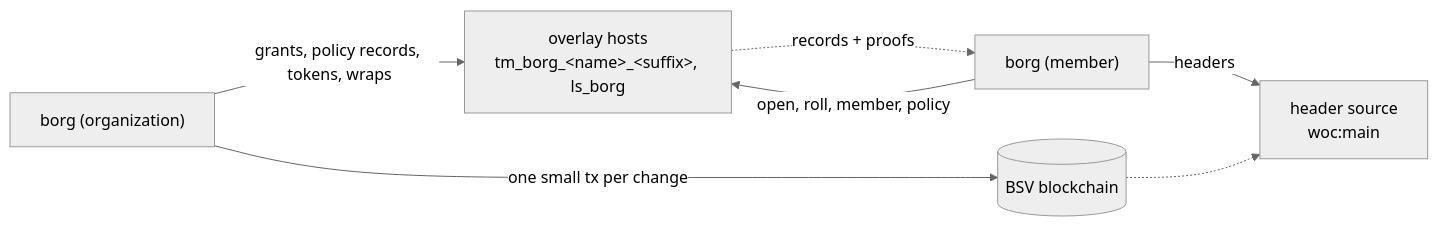
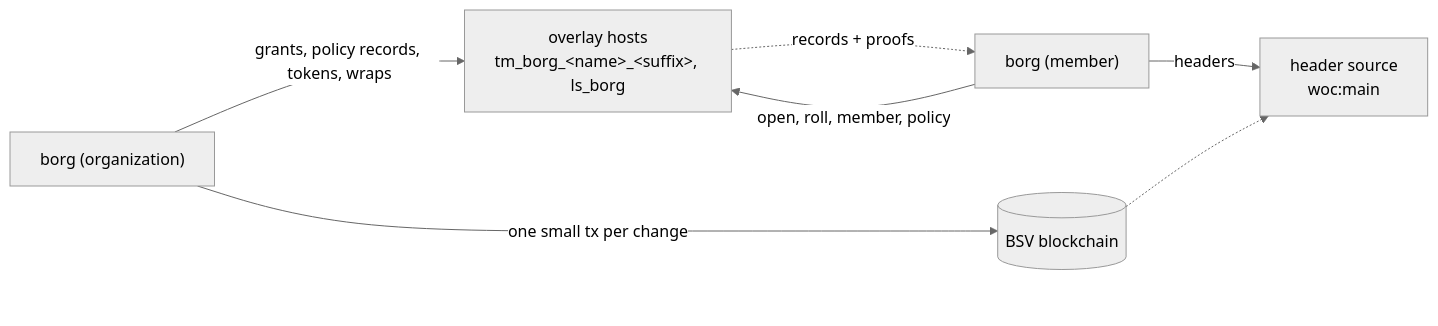
One commit to lightwebinc/borg changed the diagram in README.md. Above: the diagram before and after it, drawn with Mermaid (neutral theme). The commit also changed 2 other files, not shown here.

Commit message:
[Fix] diagrams: a spacer where the viewer's controls land
The rendered viewer places a 3x3 zoom and pan panel over the diagram's
bottom-right corner, and the flowchart renderer in the viewer's mermaid
build does not read diagramPadding (the viewer sets it to 48 itself, to no
effect). So the padding is content: an invisible node in the rightmost
rank, below its last node, which is what the panel now covers.

````diff
--- a/README.md
+++ b/README.md
@@ -22,10 +22,14 @@
 ```mermaid
-%%{init: {"flowchart": {"diagramPadding": 48}}}%%
 flowchart LR
   O["borg (organization)"] -->|"grants, policy records, tokens, wraps"| H["overlay hosts<br/>tm_borg_&lt;name&gt;_&lt;suffix&gt;, ls_borg"]
   O -->|"one small tx per change"| B[("BSV blockchain")]
   M["borg (member)"] -->|"open, roll, member, policy"| H
   M -->|headers| S["header source<br/>woc:main"]
   B -.-> S
   H -. "records + proofs" .-> M
+  %% The last node is an invisible spacer in the rightmost rank: the rendered
+  %% viewer places its zoom and pan controls over the bottom-right corner.
+  B ~~~ pad
+  pad["&nbsp;<br/>&nbsp;<br/>&nbsp;<br/>&nbsp;<br/>&nbsp;"]:::pad
+  classDef pad fill:none,stroke:none,color:transparent
 ```
````
